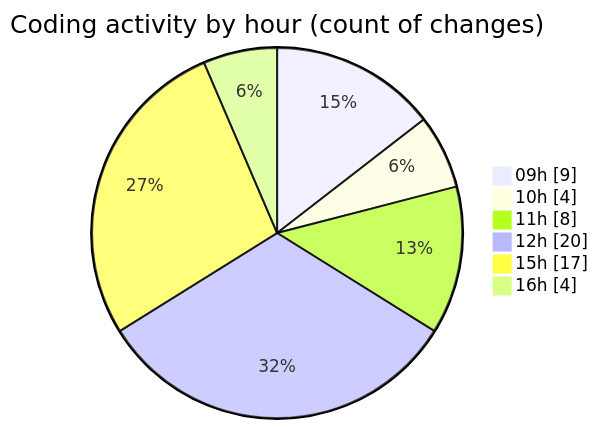
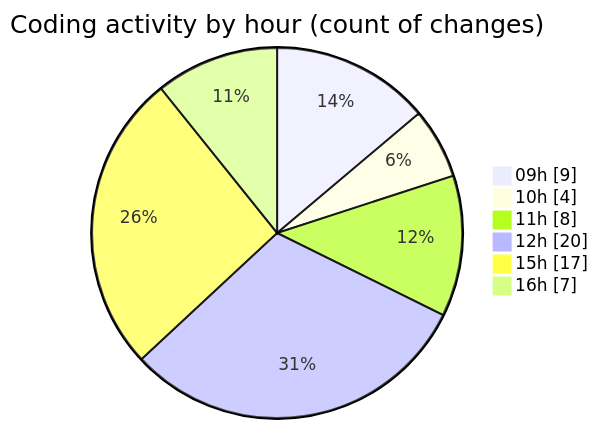
One commit to momahboobian/code-tracking changed the second of 2 diagrams in 2026-01-09/cda/README.md. Above: the diagram before and after it, drawn with Mermaid. The commit also changed other lines of this file and 1 other file, not shown here.

````diff
--- a/2026-01-09/cda/README.md
+++ b/2026-01-09/cda/README.md
@@ -36,10 +36,10 @@
 ```mermaid
 pie showData
 title Coding activity by hour (count of changes)
 "09h" : 9
 "10h" : 4
 "11h" : 8
 "12h" : 20
 "15h" : 17
-"16h" : 4
+"16h" : 7
 ```
````
